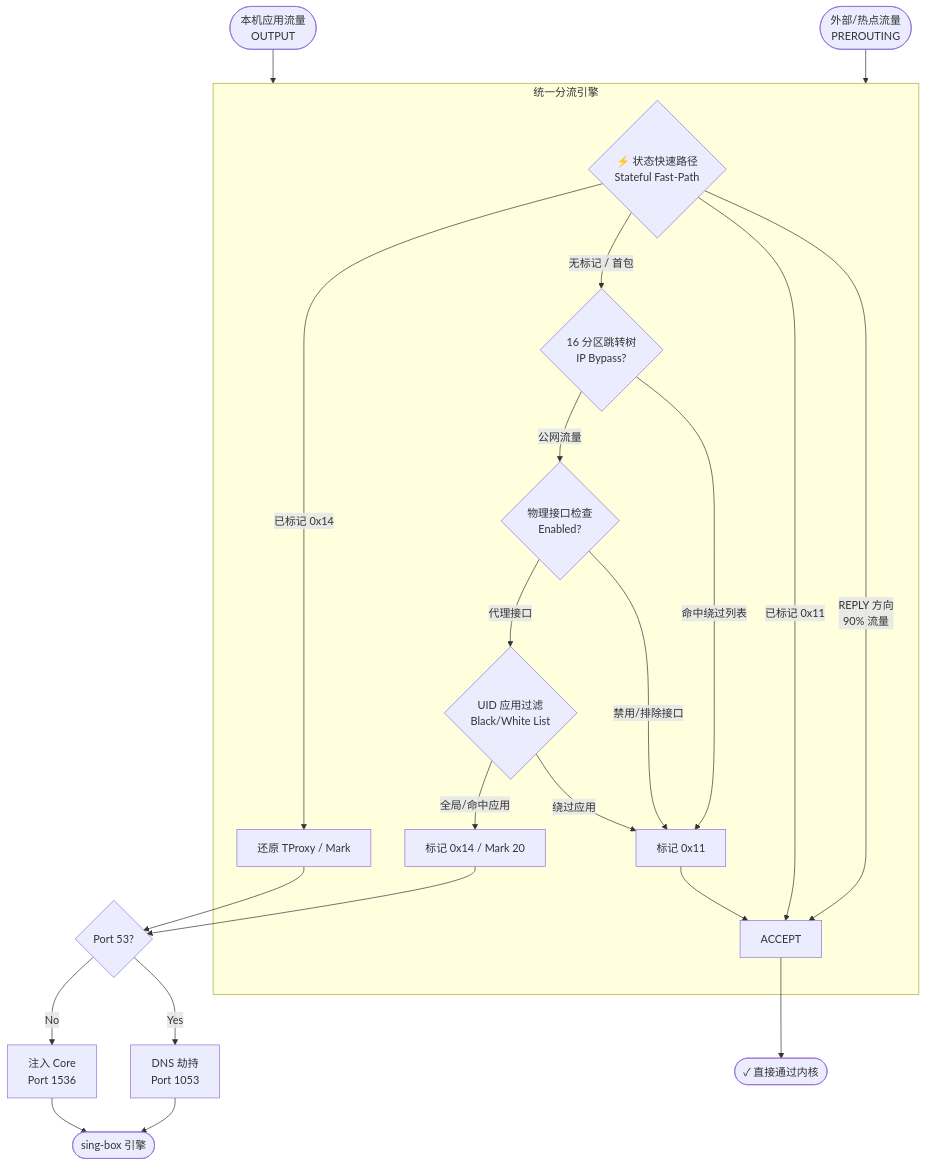
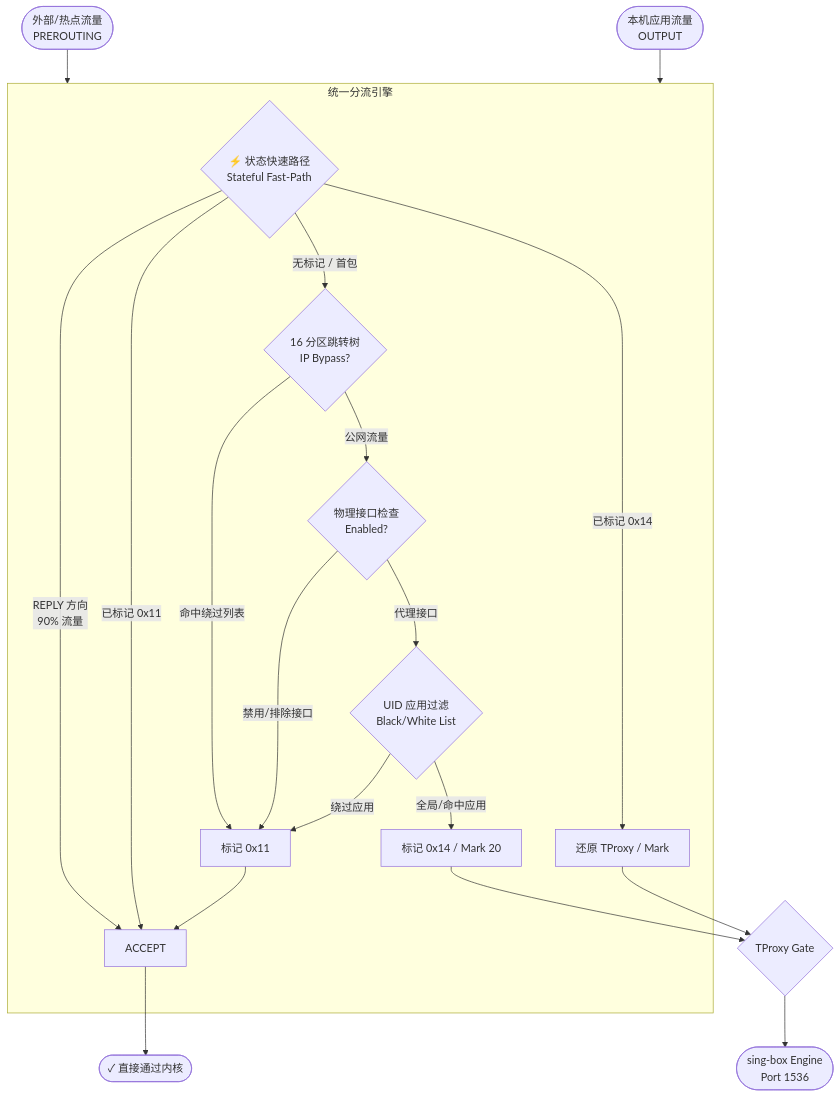
The second of 2 diagrams in README_zh.md (Chth1z/Flux), drawn with Mermaid before and after one commit. The commit also changed other lines of this file and 13 other files, not shown here.

````diff
--- a/README_zh.md
+++ b/README_zh.md
@@ -107,41 +106,37 @@
 ```mermaid
 graph TD
     %% 入口
     In_Pre([外部/热点流量<br/>PREROUTING]) --> Common
     In_Out([本机应用流量<br/>OUTPUT]) --> Common
 
     subgraph Common [统一分流引擎]
         %% 第一层：⚡ 快速路径
         Fast{⚡ 状态快速路径<br/>Stateful Fast-Path}
         
         Fast -->|REPLY 方向<br/>90% 流量| ACCEPT
         Fast -->|已标记 0x11| ACCEPT
         Fast -->|已标记 0x14| Recovery[还原 TProxy / Mark]
 
         %% 第二层：🐢 慢速判定 (新连接)
         Fast -- "无标记 / 首包" --> IP_Jump{16 分区跳转树<br/>IP Bypass?}
         
         IP_Jump -->|命中绕过列表| Set_Bypass[标记 0x11]
         
         IP_Jump -- "公网流量" --> Iface{物理接口检查<br/>Enabled?}
         
         Iface -->|禁用/排除接口| Set_Bypass
         
         Iface -- "代理接口" --> App{UID 应用过滤<br/>Black/White List}
         
         App -->|绕过应用| Set_Bypass
         App -->|全局/命中应用| Set_Proxy[标记 0x14 / Mark 20]
     end
 
     %% 最终出口
     Set_Bypass --> ACCEPT
-    Set_Proxy --> DNS{Port 53?}
-    Recovery --> DNS
+    Set_Proxy --> Gate{TProxy Gate}
+    Recovery --> Gate
 
-    DNS -->|Yes| Hijack[DNS 劫持<br/>Port 1053]
-    DNS -->|No| Final[注入 Core<br/>Port 1536]
-
-    Hijack --> Sink([sing-box 引擎])
-    Final --> Sink
+    Gate --> Sink([sing-box Engine<br/>Port 1536])
     ACCEPT --> End([✓ 直接通过内核])
 ```
````
